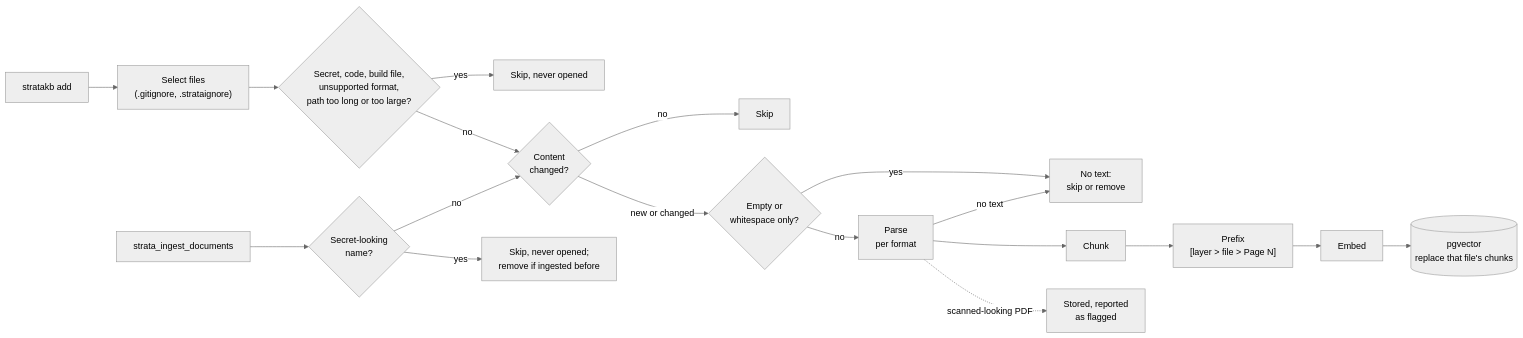
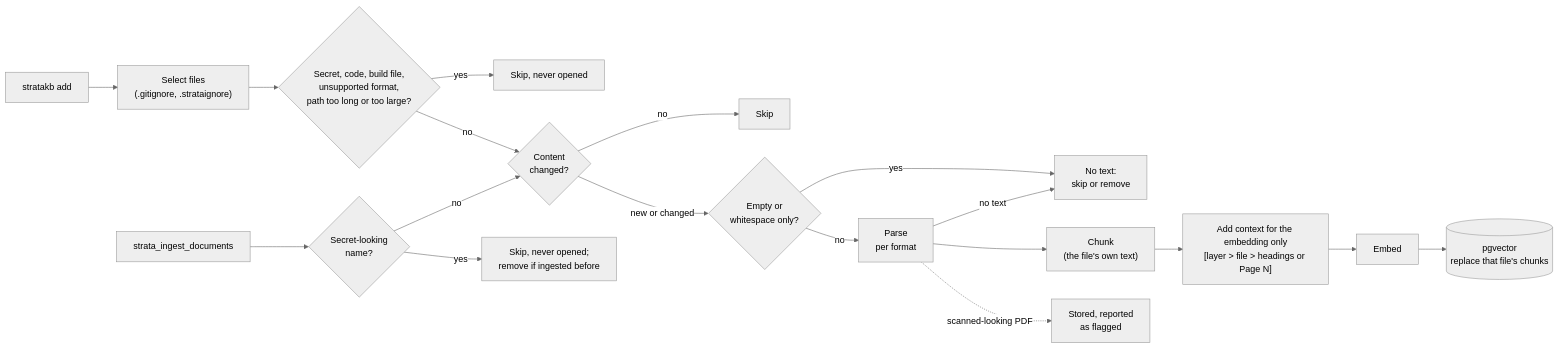
The fourth of 10 diagrams in README.md (boudou/StrataKB), drawn with Mermaid (neutral theme) before and after one commit. The commit also changed other lines of this file and 7 other files, not shown here.

````diff
--- a/README.md
+++ b/README.md
@@ -116,16 +116,16 @@
 ```mermaid
 flowchart LR
     add["stratakb add"] --> sel["Select files<br/>(.gitignore, .strataignore)"] --> pol{"Secret, code, build file,<br/>unsupported format,<br/>path too long or too large?"}
     pol -->|"yes"| k["Skip, never opened"]
     pol -->|"no"| h
     f["strata_ingest_documents"] --> n{"Secret-looking<br/>name?"}
     n -->|"yes"| k2["Skip, never opened;<br/>remove if ingested before"]
     n -->|"no"| h{"Content<br/>changed?"}
     h -->|"no"| s["Skip"]
     h -->|"new or changed"| z{"Empty or<br/>whitespace only?"}
     z -->|"yes"| t["No text:<br/>skip or remove"]
     z -->|"no"| p["Parse<br/>per format"]
     p -->|"no text"| t
-    p --> c["Chunk"] --> x["Prefix<br/>[layer > file > Page N]"] --> e["Embed"] --> v[("pgvector<br/>replace that file's chunks")]
+    p --> c["Chunk<br/>(the file's own text)"] --> x["Add context for the embedding only<br/>[layer > file > headings or Page N]"] --> e["Embed"] --> v[("pgvector<br/>replace that file's chunks")]
     p -.->|"scanned-looking PDF"| fl["Stored, reported<br/>as flagged"]
 ```
````
